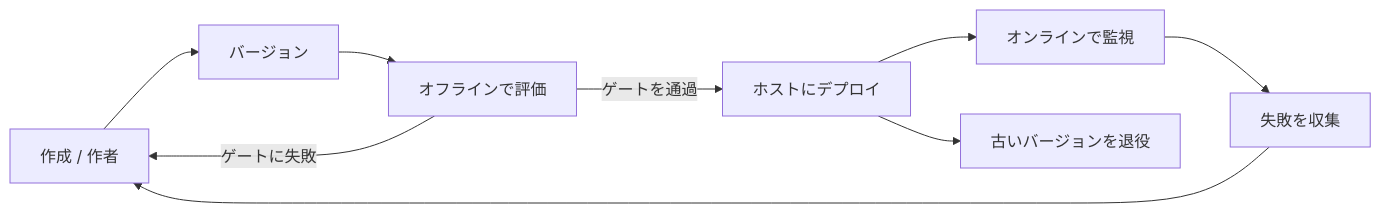
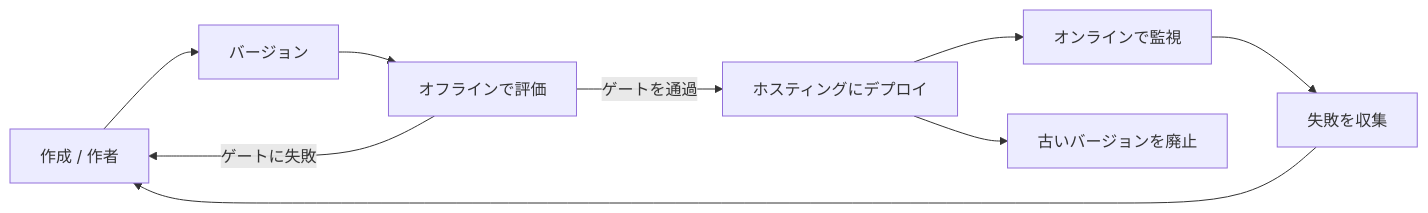
The second of 4 diagrams in mirrors/repos/microsoft@ai-agents-for-beginners/translations/ja/16-deploying-scalable-agents/README.md (gabrielmoreira/agent-skills-mirror), drawn with Mermaid before and after one commit. The commit also changed other lines of this file and 3581 other files, not shown here.

````diff
--- a/mirrors/repos/microsoft@ai-agents-for-beginners/translations/ja/16-deploying-scalable-agents/README.md
+++ b/mirrors/repos/microsoft@ai-agents-for-beginners/translations/ja/16-deploying-scalable-agents/README.md
@@ -108,11 +108,11 @@
 ```mermaid
 flowchart LR
     Create[作成 / 作者] --> Version[バージョン]
     Version --> Evaluate[オフラインで評価]
-    Evaluate -->|ゲートを通過| Deploy[ホストにデプロイ]
+    Evaluate -->|ゲートを通過| Deploy[ホスティングにデプロイ]
     Evaluate -->|ゲートに失敗| Create
     Deploy --> Observe[オンラインで監視]
     Observe --> Improve[失敗を収集]
     Improve --> Create
-    Deploy --> Retire[古いバージョンを退役]
+    Deploy --> Retire[古いバージョンを廃止]
 ```
````
